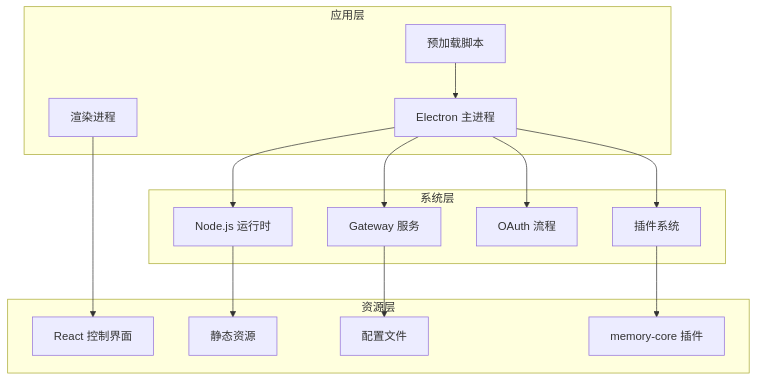
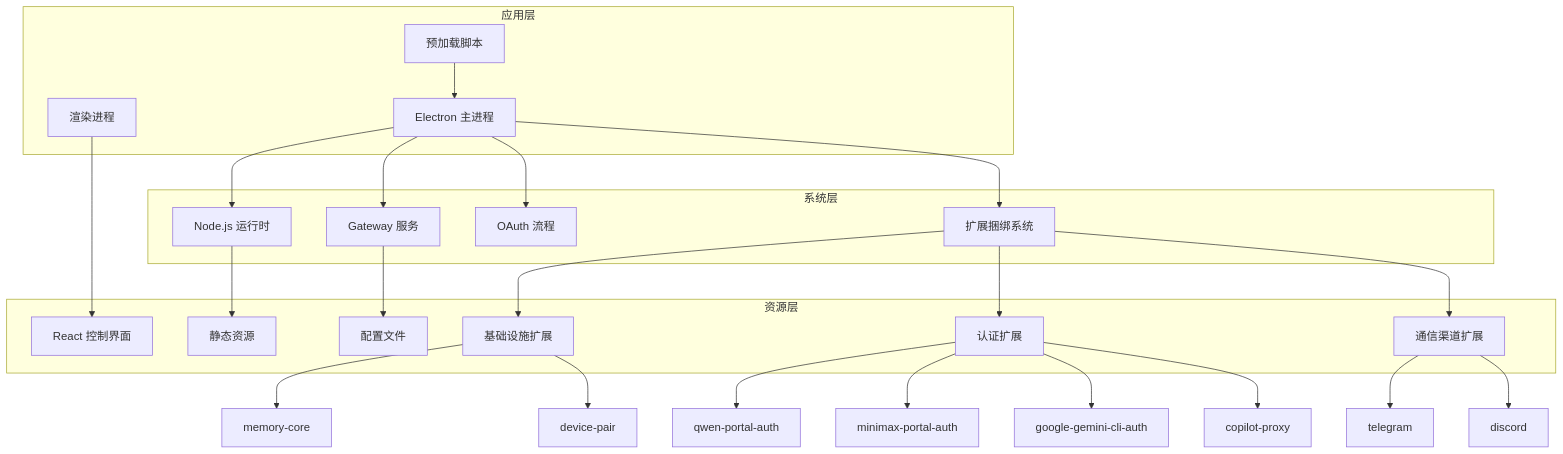
The fourth of 9 diagrams in .qoder/repowiki/zh/content/Electron Packaging Configuration.md (verse-ai-org/openclaw), drawn with Mermaid before and after one commit. The commit also changed other lines of this file and 7 other files, not shown here.

````diff
--- a/.qoder/repowiki/zh/content/Electron Packaging Configuration.md
+++ b/.qoder/repowiki/zh/content/Electron Packaging Configuration.md
@@ -184,29 +200,41 @@
 ```mermaid
 graph TB
 subgraph "应用层"
 A[Electron 主进程]
 B[渲染进程]
 C[预加载脚本]
 end
 subgraph "系统层"
 D[Node.js 运行时]
 E[Gateway 服务]
 F[OAuth 流程]
-G[插件系统]
+G[扩展捆绑系统]
 end
 subgraph "资源层"
 H[React 控制界面]
 I[静态资源]
 J[配置文件]
-K[memory-core 插件]
+K[基础设施扩展]
+L[认证扩展]
+M[通信渠道扩展]
 end
 A --> D
 A --> E
 A --> F
 A --> G
 B --> H
 C --> A
 D --> I
 E --> J
 G --> K
+G --> L
+G --> M
+K --> N[memory-core]
+K --> O[device-pair]
+L --> P[qwen-portal-auth]
+L --> Q[minimax-portal-auth]
+L --> R[google-gemini-cli-auth]
+L --> S[copilot-proxy]
+M --> T[telegram]
+M --> U[discord]
 ```
````
